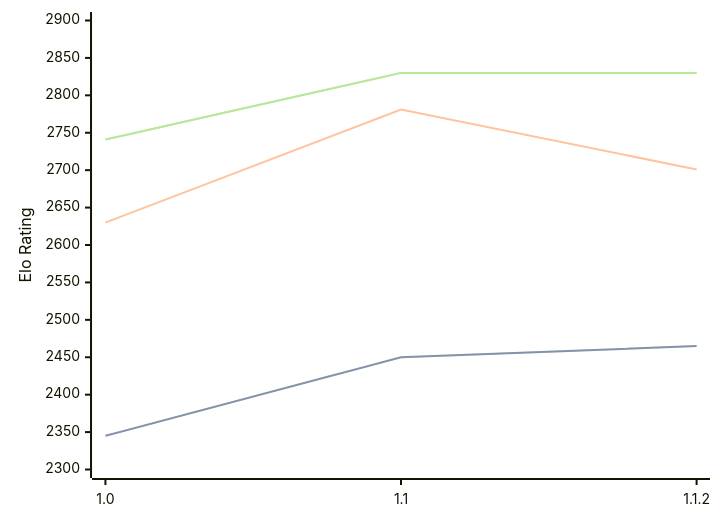
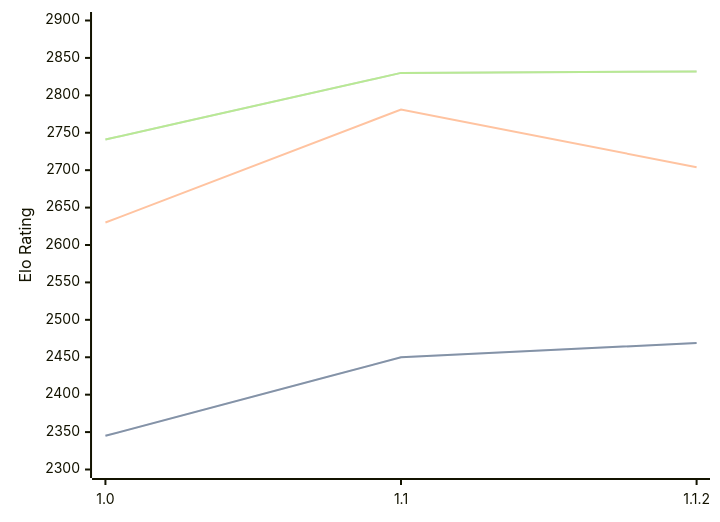
Before and after one commit to computer-chess-index/cci: the diagram in engines/Casanchess.md, drawn with Mermaid. The commit also changed other lines of this file, not shown here.

Commit message:
Update CCI Ratings (ELO VLTC) - 2026-09-23

````diff
--- a/engines/Casanchess.md
+++ b/engines/Casanchess.md
@@ -33,11 +33,11 @@
 ```mermaid
 %%{init: {"theme":"base","themeVariables":{"seriesColors:['#a3a3a3','#222221','#faa371']}}}%%
 xychart-beta
   x-axis ["1.0", "1.1", "1.1.2"]
   y-axis "Elo Rating" 2300 --> 2900
-  line "" [2345, 2450, 2465]
-  line "STC (8.0+0.08s)" [2345, 2450, 2465]
-  line "LTC (60.0+0.60s)" [2630, 2781, 2701]
-  line "" [2741, 2830, 2830]
-  line "VLTC (2m24s+1.12s)" [2741, 2830, 2830]
+  line "" [2345, 2450, 2469]
+  line "STC (8.0+0.08s)" [2345, 2450, 2469]
+  line "LTC (60.0+0.60s)" [2630, 2781, 2704]
+  line "" [2741, 2830, 2832]
+  line "VLTC (2m24s+1.12s)" [2741, 2830, 2832]
 ```
````
